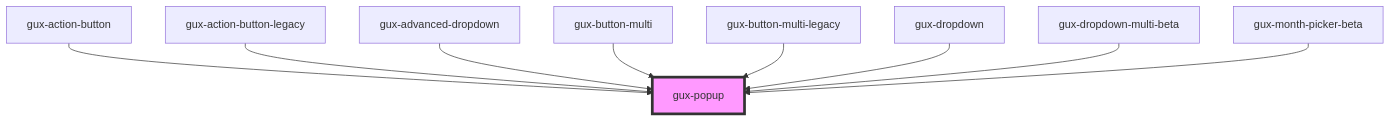
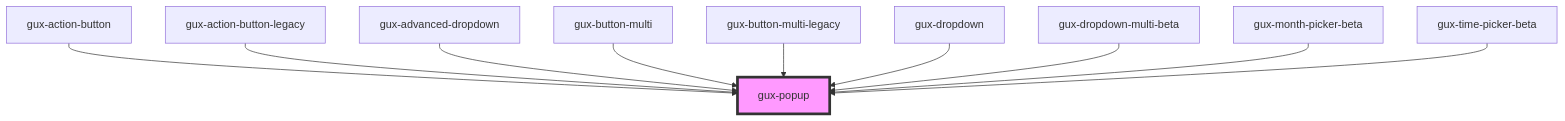
One commit to MyPureCloud/genesys-spark changed the diagram in src/components/stable/gux-popup/readme.md. Above: the diagram before and after it, drawn with Mermaid. The commit also changed other lines of this file and 78 other files, not shown here.

First line of the commit message:
feat(time picker): added time picker components

````diff
--- a/src/components/stable/gux-popup/readme.md
+++ b/src/components/stable/gux-popup/readme.md
@@ -38,12 +39,13 @@
 ```mermaid
 graph TD;
   gux-action-button --> gux-popup
   gux-action-button-legacy --> gux-popup
   gux-advanced-dropdown --> gux-popup
   gux-button-multi --> gux-popup
   gux-button-multi-legacy --> gux-popup
   gux-dropdown --> gux-popup
   gux-dropdown-multi-beta --> gux-popup
   gux-month-picker-beta --> gux-popup
+  gux-time-picker-beta --> gux-popup
   style gux-popup fill:#f9f,stroke:#333,stroke-width:4px
 ```
````
